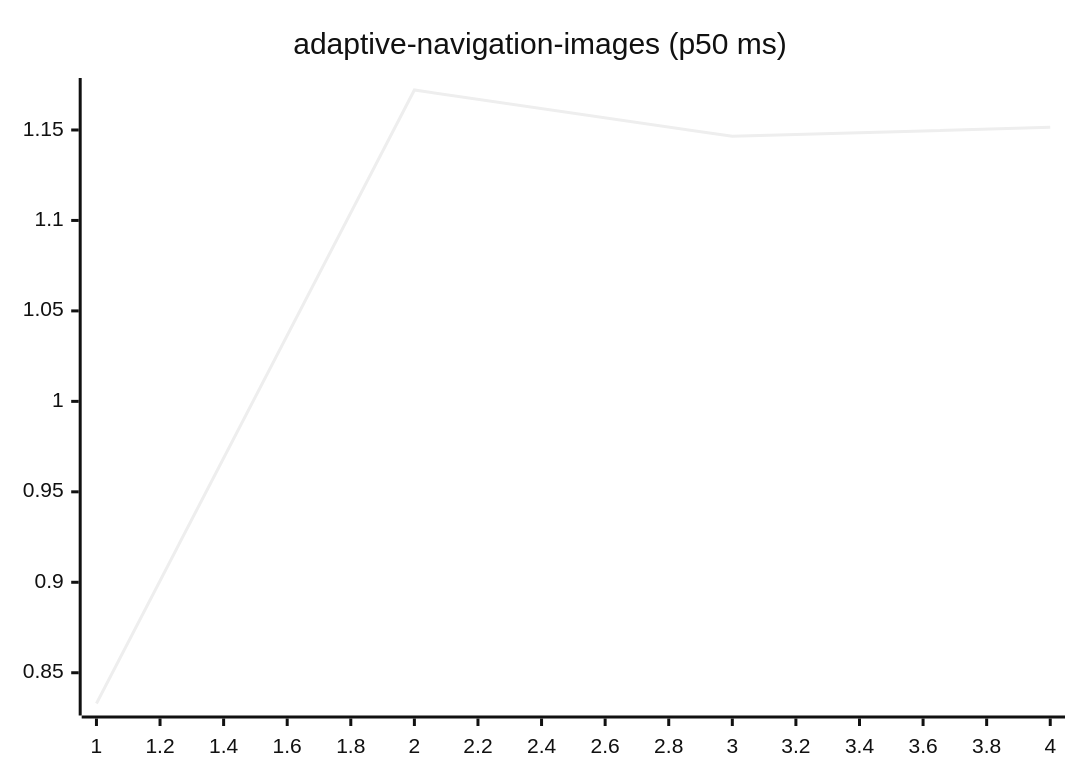
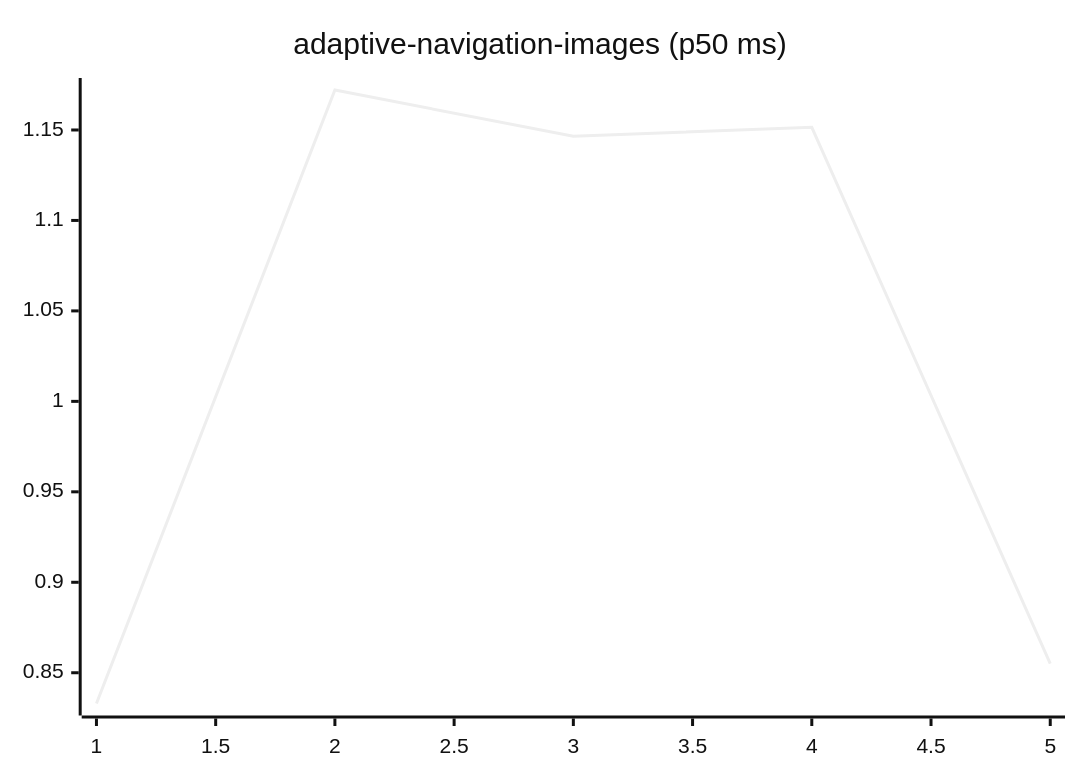
The first of 27 diagrams in README.md (josha/Facet), drawn with Mermaid (neutral theme) before and after one commit. The commit also changed other lines of this file and 2 other files, not shown here.

````diff
--- a/README.md
+++ b/README.md
@@ -63,6 +63,6 @@
 ```mermaid
 xychart-beta
     title "adaptive-navigation-images (p50 ms)"
-    x-axis 1 --> 4
-    line [0.8330, 1.1721, 1.1465, 1.1515]
+    x-axis 1 --> 5
+    line [0.8330, 1.1721, 1.1465, 1.1515, 0.8551]
 ```
````
